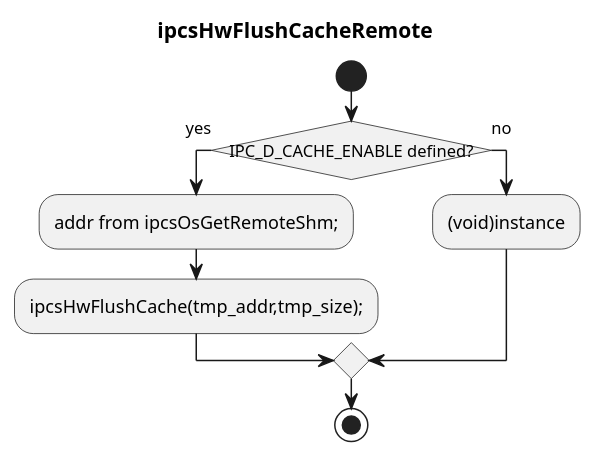
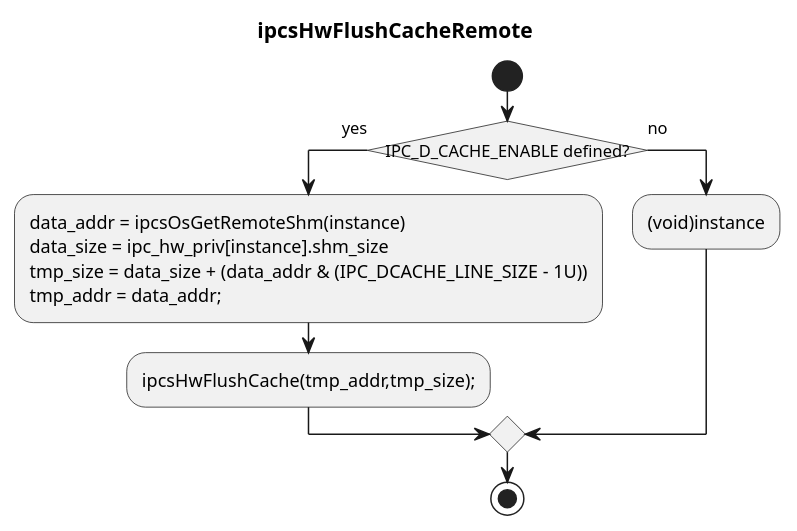
One commit to Mastang1/sad_sdd_proj changed the diagram in c1_sdd_linux-ipcs/cursor_tmp/flow_umls/3_4_40.puml. Above: the diagram before and after it, drawn with PlantUML. The commit also changed 136 other files, not shown here.

```diff
--- a/c1_sdd_linux-ipcs/cursor_tmp/flow_umls/3_4_40.puml
+++ b/c1_sdd_linux-ipcs/cursor_tmp/flow_umls/3_4_40.puml
@@ -1,14 +1,17 @@
 @startuml
 !pragma layout smetana
 skinparam conditionStyle insideDiamond
 skinparam linetype ortho
 title ipcsHwFlushCacheRemote
 start
-if (IPC_D_CACHE_ENABLE defined?) then (yes)
-  :addr from ipcsOsGetRemoteShm;;
-  :ipcsHwFlushCache(tmp_addr,tmp_size);;
-else (no)
-  :(void)instance;
-endif
-stop
+        if (IPC_D_CACHE_ENABLE defined?) then (yes)
+          :data_addr = ipcsOsGetRemoteShm(instance)
+data_size = ipc_hw_priv[instance].shm_size
+tmp_size = data_size + (data_addr & (IPC_DCACHE_LINE_SIZE - 1U))
+tmp_addr = data_addr;;
+          :ipcsHwFlushCache(tmp_addr,tmp_size);;
+        else (no)
+          :(void)instance;
+        endif
+        stop
 @enduml
```
